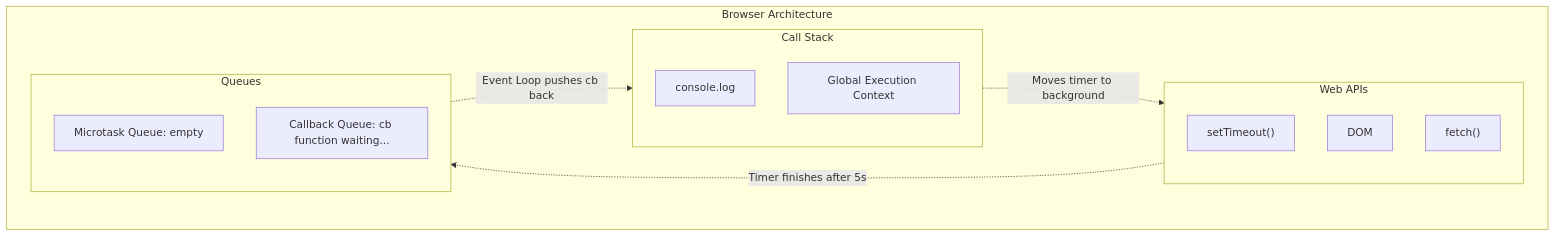
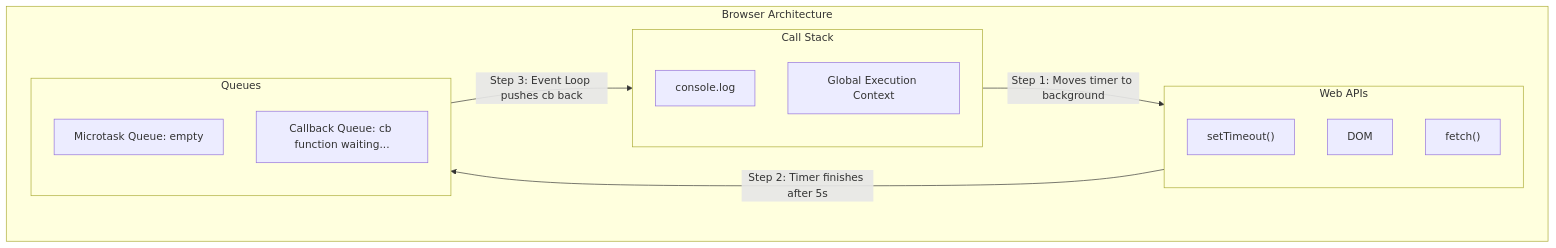
One commit to rajmpawar-hash/ByteNotes changed the first of 3 diagrams in src/notes/javascript/05-async/01-event-loop.md. Above: the diagram before and after it, drawn with Mermaid. The commit also changed other lines of this file and 26 other files, not shown here.

````diff
--- a/src/notes/javascript/05-async/01-event-loop.md
+++ b/src/notes/javascript/05-async/01-event-loop.md
@@ -20,29 +20,29 @@
 ```mermaid
 flowchart TD
     subgraph Browser Architecture
         direction LR
         
         subgraph Stack [Call Stack]
             direction BT
             CS1["console.log"]
             CS2["Global Execution Context"]
         end
         
         subgraph APIs [Web APIs]
             direction TB
             API1["setTimeout()"]
             API2["DOM"]
             API3["fetch()"]
         end
         
         subgraph Queues [Queues]
             direction TB
             Q1["Microtask Queue: empty"]
             Q2["Callback Queue: cb function waiting..."]
         end
         
-        Stack -.->|Moves timer to background| APIs
-        APIs -.->|Timer finishes after 5s| Queues
-        Queues -.->|Event Loop pushes cb back| Stack
+        Stack -->|"Step 1: Moves timer to background"| APIs
+        APIs -->|"Step 2: Timer finishes after 5s"| Queues
+        Queues -->|"Step 3: Event Loop pushes cb back"| Stack
     end
 ```
````
